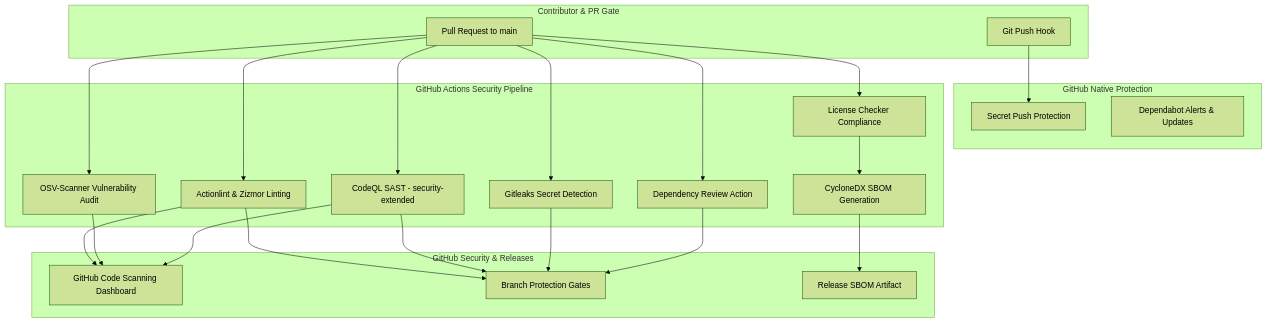
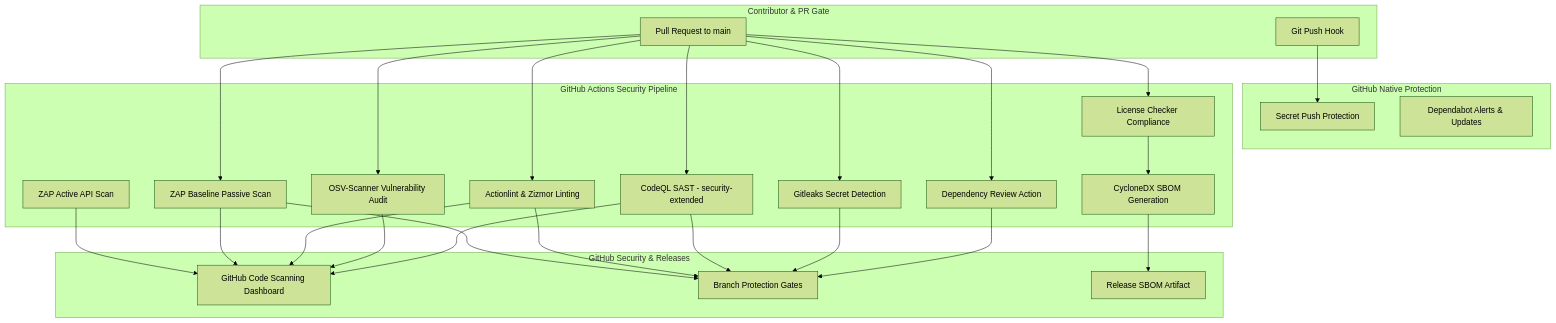
Before and after one commit to munna7862/automation-frameworks: the diagram in docs/security/repo_security_controls.md, drawn with Mermaid (forest theme). The commit also changed other lines of this file and 18 other files, not shown here.

````diff
--- a/docs/security/repo_security_controls.md
+++ b/docs/security/repo_security_controls.md
@@ -11,46 +11,52 @@
 ```mermaid
 flowchart TD
     subgraph Developer [Contributor & PR Gate]
         PR[Pull Request to main]
         Push[Git Push Hook]
     end
 
     subgraph Native [GitHub Native Protection]
         PP[Secret Push Protection]
         DA[Dependabot Alerts & Updates]
     end
 
     subgraph CI [GitHub Actions Security Pipeline]
         QL[CodeQL SAST - security-extended]
         GL[Gitleaks Secret Detection]
         DR[Dependency Review Action]
         OSV[OSV-Scanner Vulnerability Audit]
         LC[License Checker Compliance]
         SBOM[CycloneDX SBOM Generation]
         WL[Actionlint & Zizmor Linting]
+        ZAP1[ZAP Baseline Passive Scan]
+        ZAP2[ZAP Active API Scan]
     end
 
     subgraph Target [GitHub Security & Releases]
         SARIF[GitHub Code Scanning Dashboard]
         BP[Branch Protection Gates]
         Rel[Release SBOM Artifact]
     end
 
     Push --> PP
     PR --> DR
     PR --> GL
     PR --> QL
     PR --> OSV
     PR --> LC
     PR --> WL
+    PR --> ZAP1
     
     QL --> SARIF
     OSV --> SARIF
     WL --> SARIF
+    ZAP1 --> SARIF
+    ZAP2 --> SARIF
     
     DR --> BP
     GL --> BP
     QL --> BP
     WL --> BP
+    ZAP1 --> BP
     LC --> SBOM --> Rel
 ```
````
